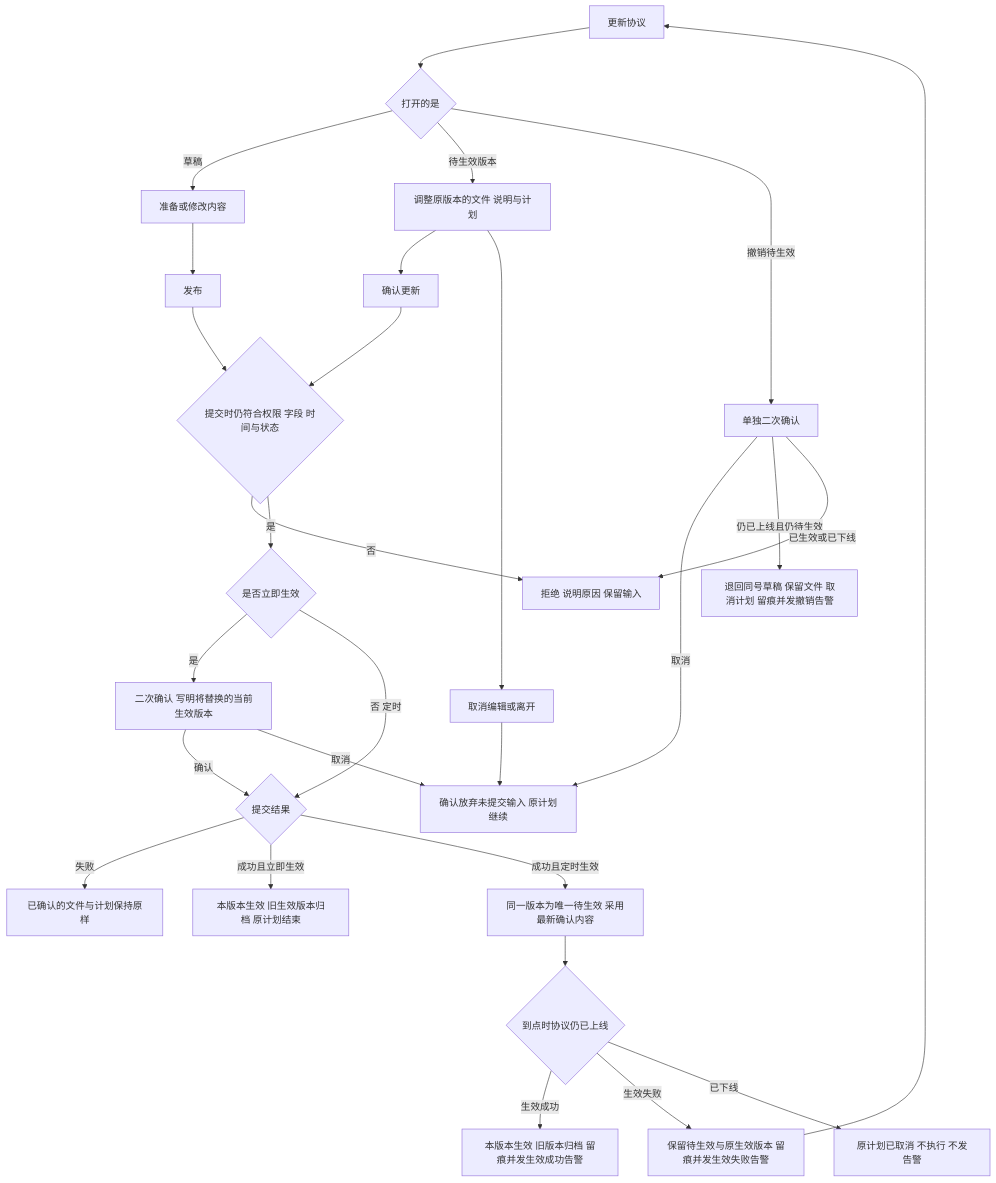
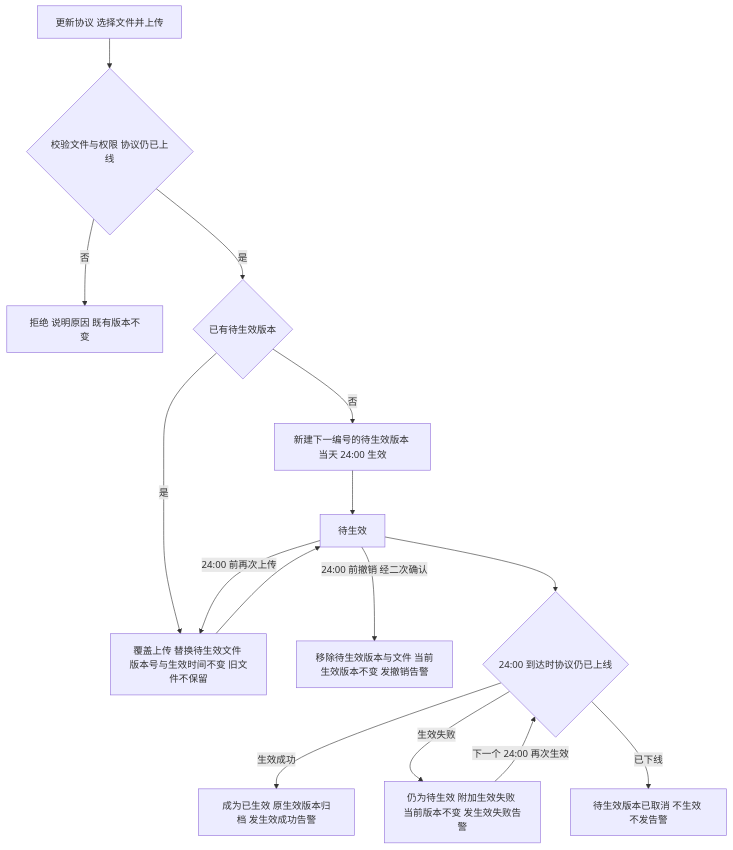
One commit to wxblockchain/Chain-Financing changed the second of 8 diagrams in lending-platform/PRD/运营端/03-运营端协议管理/02-运营端协议管理-流程图与状态机.md. Above: the diagram before and after it, drawn with Mermaid. The commit also changed other lines of this file and 5 other files, not shown here.

````diff
--- a/lending-platform/PRD/运营端/03-运营端协议管理/02-运营端协议管理-流程图与状态机.md
+++ b/lending-platform/PRD/运营端/03-运营端协议管理/02-运营端协议管理-流程图与状态机.md
@@ -57,30 +49,17 @@
 ```mermaid
 flowchart TD
-    A[更新协议] --> B{打开的是}
-    B -->|草稿| C[准备或修改内容]
-    B -->|待生效版本| D[调整原版本的文件 说明与计划]
-    C --> E[发布]
-    D --> F[确认更新]
-    D --> G[取消编辑或离开]
-    G --> H[确认放弃未提交输入 原计划继续]
-    E --> I{提交时仍符合权限 字段 时间与状态}
-    F --> I
-    I -->|否| J[拒绝 说明原因 保留输入]
-    I -->|是| X{是否立即生效}
-    X -->|是| Y[二次确认 写明将替换的当前生效版本]
-    X -->|否 定时| K{提交结果}
-    Y -->|确认| K
-    Y -->|取消| H
-    K -->|失败| L[已确认的文件与计划保持原样]
-    K -->|成功且立即生效| M[本版本生效 旧生效版本归档 原计划结束]
-    K -->|成功且定时生效| N[同一版本为唯一待生效 采用最新确认内容]
-    N --> O{到点时协议仍已上线}
-    O -->|生效成功| P[本版本生效 旧版本归档 留痕并发生效成功告警]
-    O -->|生效失败| Q[保留待生效与原生效版本 留痕并发生效失败告警]
-    O -->|已下线| R[原计划已取消 不执行 不发告警]
-    Q --> A
-    B -->|撤销待生效| S[单独二次确认]
-    S -->|取消| H
-    S -->|仍已上线且仍待生效| T[退回同号草稿 保留文件 取消计划 留痕并发撤销告警]
-    S -->|已生效或已下线| J
+    A[更新协议 选择文件并上传] --> B{校验文件与权限 协议仍已上线}
+    B -->|否| C[拒绝 说明原因 既有版本不变]
+    B -->|是| D{已有待生效版本}
+    D -->|否| E[新建下一编号的待生效版本 当天 24:00 生效]
+    D -->|是| F[覆盖上传 替换待生效文件 版本号与生效时间不变 旧文件不保留]
+    E --> G[待生效]
+    F --> G
+    G -->|24:00 前再次上传| F
+    G -->|24:00 前撤销 经二次确认| H[移除待生效版本与文件 当前生效版本不变 发撤销告警]
+    G --> I{24:00 到达时协议仍已上线}
+    I -->|生效成功| J[成为已生效 原生效版本归档 发生效成功告警]
+    I -->|生效失败| K[仍为待生效 附加生效失败 当前版本不变 发生效失败告警]
+    K -->|下一个 24:00 再次生效| I
+    I -->|已下线| L[待生效版本已取消 不生效 不发告警]
 ```
````
